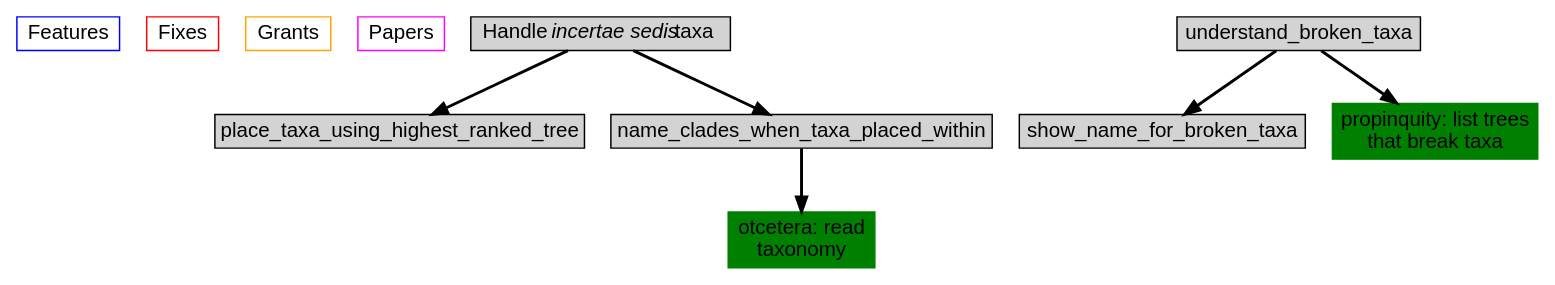
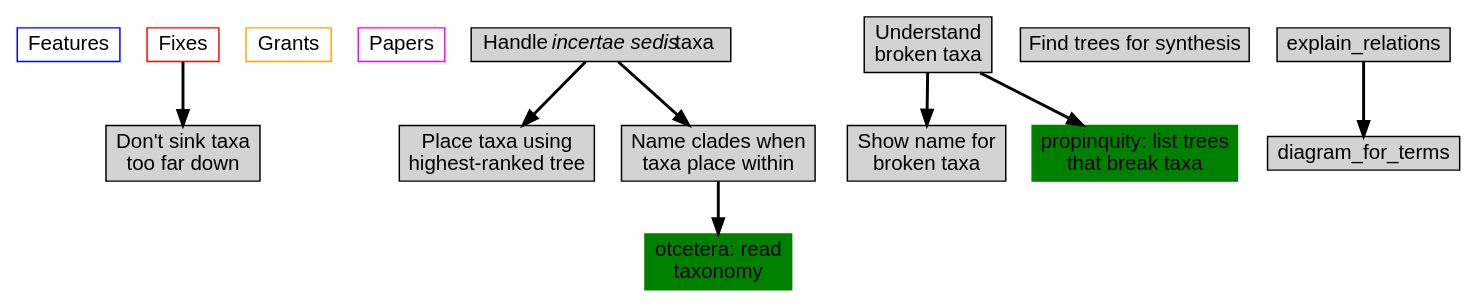
Before and after one commit to OpenTreeOfLife/propinquity: the diagram in doc/todo.dot, drawn with Graphviz.

```diff
--- a/doc/todo.dot
+++ b/doc/todo.dot
@@ -1,55 +1,64 @@
 digraph "token0" {
 graph [ranksep=0.25, fontname=Arial,  nodesep=0.25, ranksep=0.5];
 node [fontname=Arial, style=filled, height=0, width=0, shape=box];
 edge [style="setlinewidth(2)"];
 
 # To view this file, install xdot from
 #   https://github.com/jrfonseca/xdot.py/network
 #
 # Or alternatively
 #   % dot -Tpdf todo.dot > todo.pdf
 # 
 
 Features [color="blue", fillcolor="white"]
 
 Fixes [color="red", fillcolor="white"]
 
+Fixes -> "Don't sink taxa\ntoo far down"
+
 Grants [color="orange", fillcolor="white"]
 
 Papers [color="magenta", fillcolor="white"]
 
 incertae_sedis [label=<Handle <i>incertae sedis</i> taxa>]
 
 incertae_sedis -> place_taxa_using_highest_ranked_tree
+place_taxa_using_highest_ranked_tree [label="Place taxa using\nhighest-ranked tree"]
 #incertae_sedis -> try_including_unplaced_taxa_to_see_what_happens
 incertae_sedis -> name_clades_when_taxa_placed_within
 
 name_clades_when_taxa_placed_within -> otcetera_read_taxonomy
+name_clades_when_taxa_placed_within [label="Name clades when\ntaxa place within"]
 
 otcetera_read_taxonomy [label="otcetera: read\ntaxonomy", color="green"]
 
-understand_broken_taxa
+understand_broken_taxa [label="Understand\nbroken taxa"]
 
 understand_broken_taxa -> show_name_for_broken_taxa
+show_name_for_broken_taxa [label="Show name for\nbroken taxa"]
 understand_broken_taxa -> propinquity_list_trees_that_break_taxa
 
 propinquity_list_trees_that_break_taxa [label="propinquity: list trees\nthat break taxa", color="green"]
+
+find_trees_for_synthesis [label="Find trees for synthesis"]
+
+explain_relations -> diagram_for_terms
 
 # subgraph cluster_vivax {
 #
 #       label="Vivax"; style=filled; bgcolor="#E0C0A0";
 #
 #       determine_origin_of_vivax;
 #       vivax_africa_tree_human_ape;
 #       vivax_complete_genome;
 #       vivax_pacbio_genome;
 #       vivax_africa_tree_human_ape
 #       vivax_africa_get_more_sequence_from_human;
 #       vivax_africa_download_ape_sequences;
 #       vivax_get_enough_DNA_for_pacbio;
 #    };
 
 # Software [color="purple", fillcolor="white"]
 
 
 }
```
